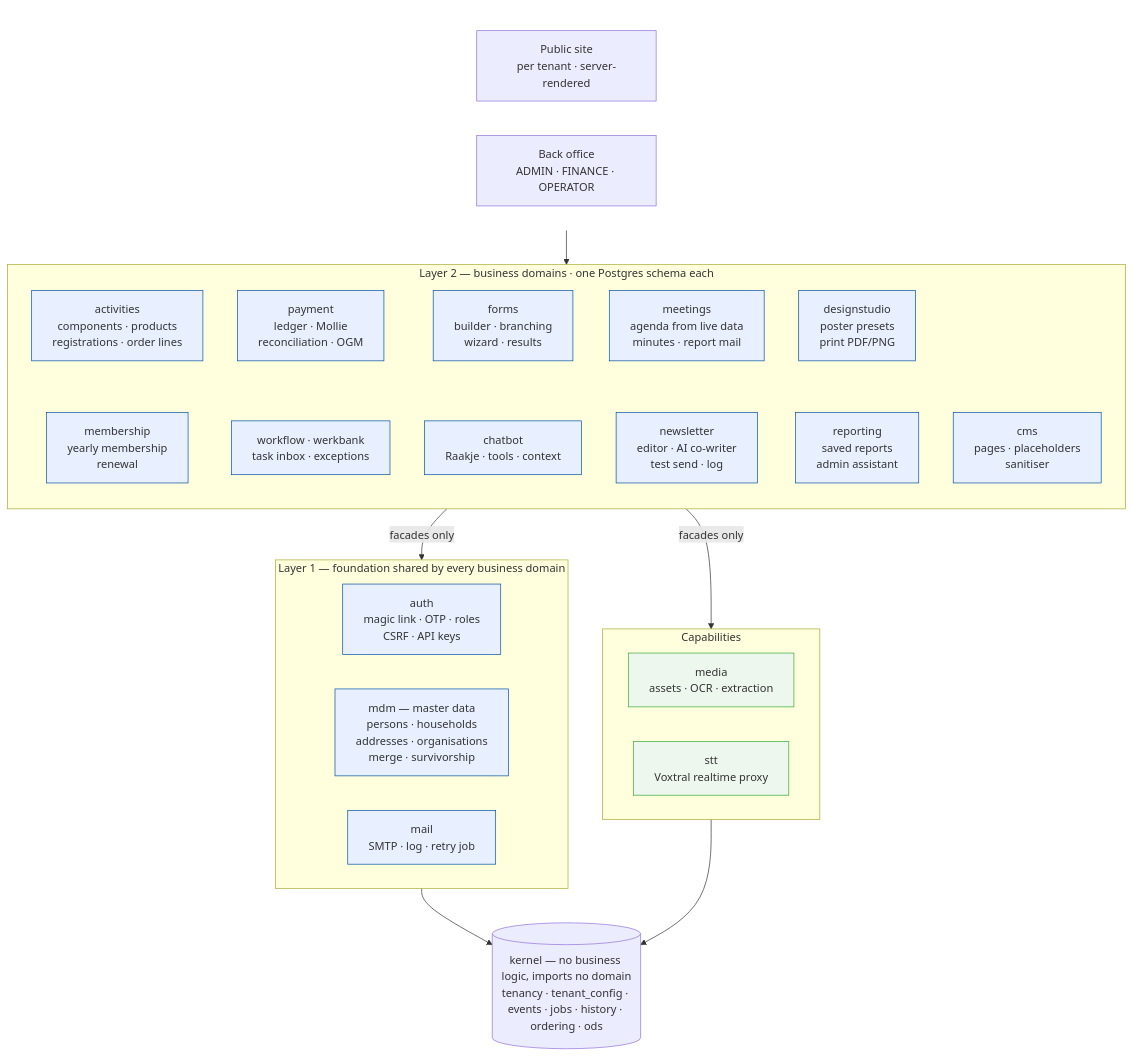
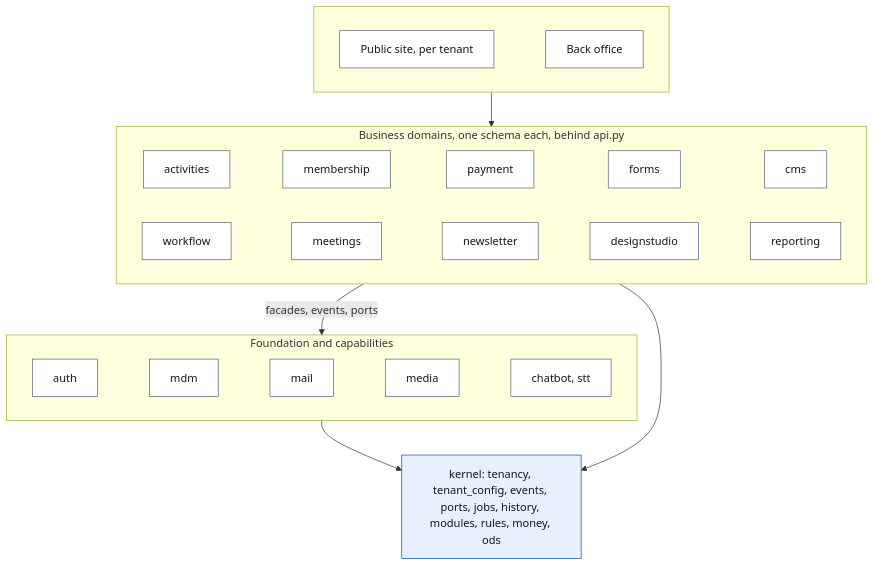
Diagram 13 of 28 in docs/architecture.md (KoenRenders/KoenTest), drawn with Mermaid before and after one commit. The commit also changed other lines of this file and 71 other files, not shown here.

First line of the commit message:
docs: the restructured architecture document replaces docs/architecture.md

````diff
--- a/docs/architecture.md
+++ b/docs/architecture.md
@@ -118,47 +635,25 @@
 ```mermaid
 flowchart TB
   subgraph USERS[" "]
     direction LR
-    PUB["Public site<br/>per tenant · server-rendered"]
-    ADM["Back office<br/>ADMIN · FINANCE · OPERATOR"]
+    PUB["Public site, per tenant"] ~~~ ADM["Back office"]
   end
-  subgraph L2["Layer 2 — business domains · one Postgres schema each"]
-    direction TB
-    ACT["activities<br/>components · products<br/>registrations · order lines"]:::c
-    PAY["payment<br/>ledger · Mollie<br/>reconciliation · OGM"]:::c
-    FORM["forms<br/>builder · branching<br/>wizard · results"]:::c
-    CMS["cms<br/>pages · placeholders<br/>sanitiser"]:::c
-    MEM["membership<br/>yearly membership<br/>renewal"]:::c
-    WB["workflow · werkbank<br/>task inbox · exceptions"]:::c
-    CHAT["chatbot<br/>Raakje · tools · context"]:::c
-    ACT ~~~ MEM
-    PAY ~~~ WB
-    MEET["meetings<br/>agenda from live data<br/>minutes · report mail"]:::c
-    NEWS["newsletter<br/>editor · AI co-writer<br/>test send · log"]:::c
-    DS["designstudio<br/>poster presets<br/>print PDF/PNG"]:::c
-    RPT["reporting<br/>saved reports<br/>admin assistant"]:::c
-    FORM ~~~ CHAT
-    MEET ~~~ NEWS
-    DS ~~~ RPT
+  subgraph L2["Business domains, one schema each, behind api.py"]
+    direction LR
+    ACT["activities"] ~~~ MEM["membership"] ~~~ PAY["payment"] ~~~ FORM["forms"] ~~~ CMS["cms"]
+    WB["workflow"] ~~~ MEET["meetings"] ~~~ NEWS["newsletter"] ~~~ DS["designstudio"] ~~~ RPT["reporting"]
   end
-  subgraph L1["Layer 1 — foundation shared by every business domain"]
+  subgraph L1["Foundation and capabilities"]
     direction LR
-    AUTH["auth<br/>magic link · OTP · roles<br/>CSRF · API keys"]:::c
-    MDM["mdm — master data<br/>persons · households<br/>addresses · organisations<br/>merge · survivorship"]:::c
-    MAIL["mail<br/>SMTP · log · retry job"]:::c
+    AUTH["auth"] ~~~ MDM["mdm"] ~~~ MAIL["mail"] ~~~ MEDIA["media"] ~~~ CHAT["chatbot, stt"]
   end
-  subgraph CAP["Capabilities"]
-    direction LR
-    MEDIA["media<br/>assets · OCR · extraction"]:::x
-    STT["stt<br/>Voxtral realtime proxy"]:::x
-  end
-  K[("kernel — no business logic, imports no domain<br/>tenancy · tenant_config · events · jobs · history · ordering · ods")]
+  K["kernel: tenancy, tenant_config, events, ports, jobs, history, modules, rules, money, ods"]
   USERS --> L2
-  L2 -->|facades only| L1
-  L2 -->|facades only| CAP
+  L2 -- "facades, events, ports" --> L1
   L1 --> K
-  CAP --> K
-  classDef c fill:#e8f0ff,stroke:#0051a4;
-  classDef x fill:#eef7ee,stroke:#3a3;
-  style USERS fill:#ffffff,stroke:#ffffff
+  L2 --> K
+  classDef kernel fill:#e8f0ff,stroke:#0051a4,color:#14171c;
+  classDef domain fill:#ffffff,stroke:#52607a,color:#14171c;
+  class K kernel
+  class ACT,MEM,PAY,FORM,CMS,WB,MEET,NEWS,DS,RPT,AUTH,MDM,MAIL,MEDIA,CHAT,PUB,ADM domain
 ```
````
